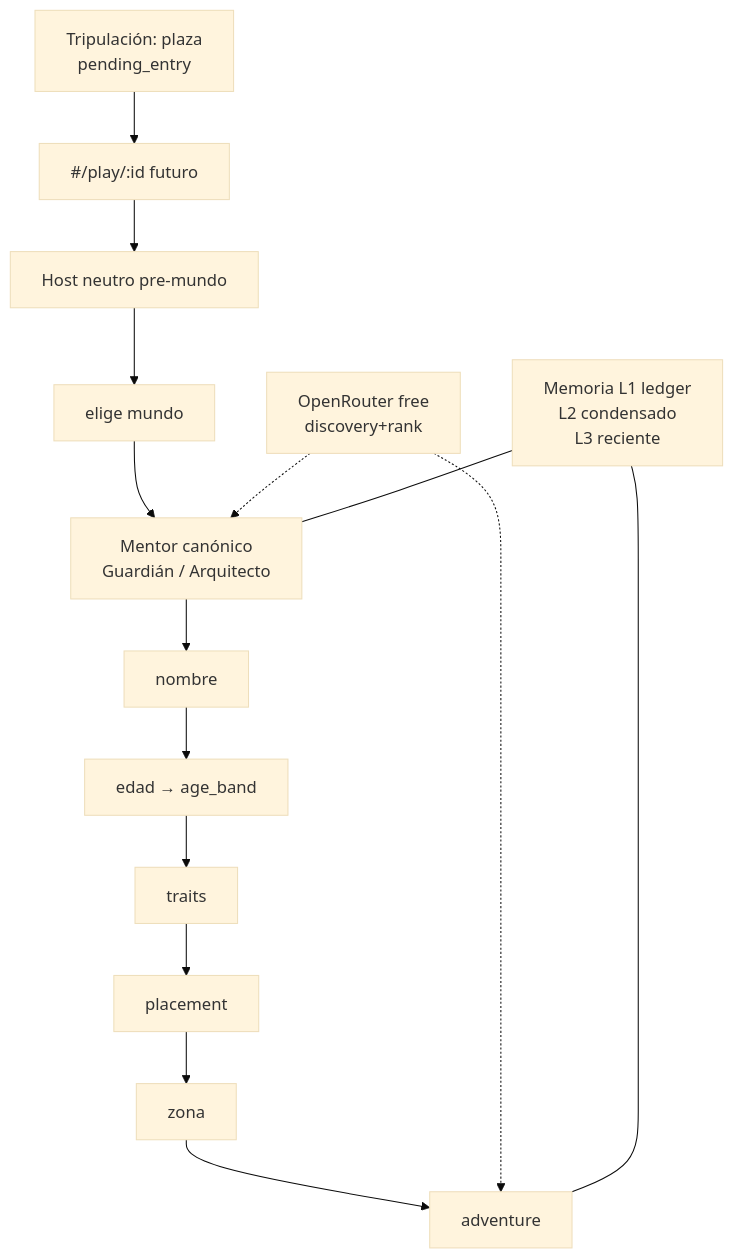
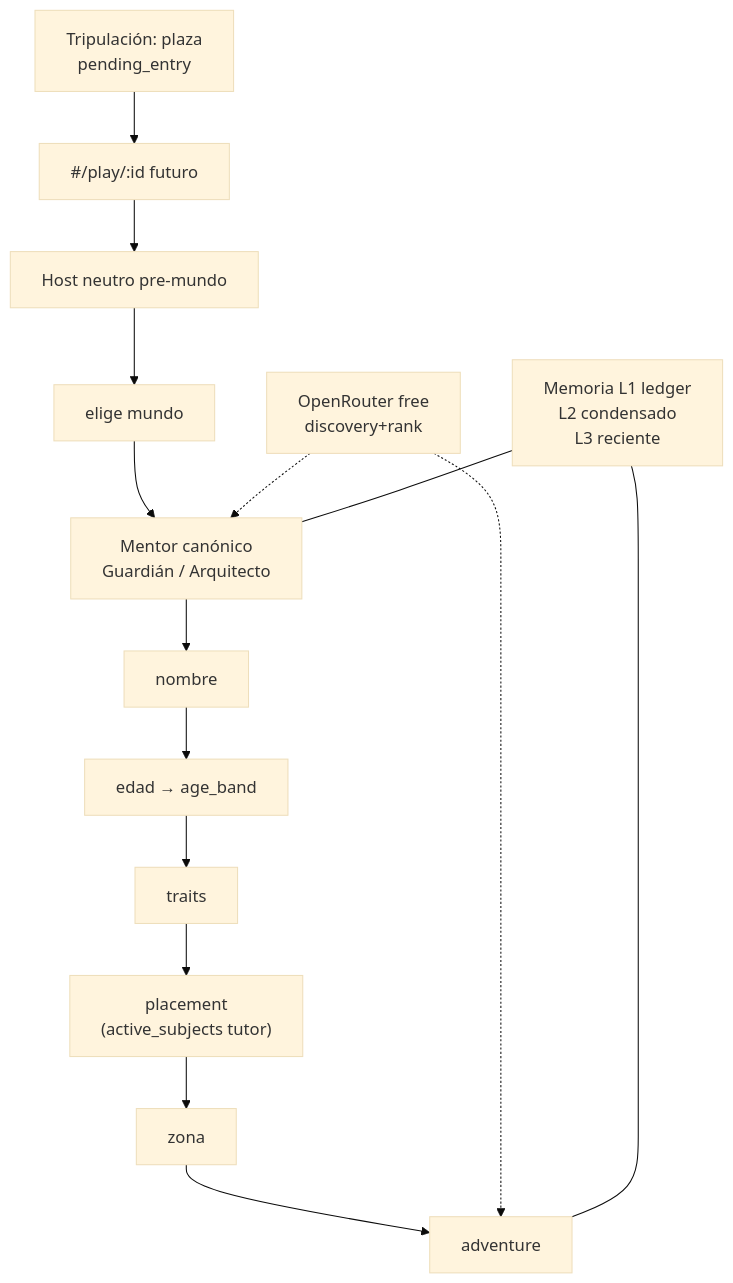
Before and after one commit to KuiperBelt-PRO/kidepik: the diagram in .cursor/diagrams/11-child-adventure-pipeline.md, drawn with Mermaid (base theme). The commit also changed other lines of this file and 34 other files, not shown here.

````diff
--- a/.cursor/diagrams/11-child-adventure-pipeline.md
+++ b/.cursor/diagrams/11-child-adventure-pipeline.md
@@ -7,23 +7,23 @@
 ```mermaid
 flowchart TB
   Crew["Tripulación: plaza\npending_entry"]
   Play["#/play/:id futuro"]
   Host[Host neutro pre-mundo]
   World[elige mundo]
   Mentor[Mentor canónico\nGuardián / Arquitecto]
   Name[nombre]
   Age[edad → age_band]
   Char[traits]
-  Exam[placement]
+  Exam["placement\n(active_subjects tutor)"]
   Zone[zona]
   Sess[adventure]
   Mem["Memoria L1 ledger\nL2 condensado\nL3 reciente"]
   Free[OpenRouter free\ndiscovery+rank]
 
   Crew --> Play --> Host --> World --> Mentor
   Mentor --> Name --> Age --> Char --> Exam --> Zone --> Sess
   Free -.-> Mentor
   Free -.-> Sess
   Mem --- Sess
   Mem --- Mentor
 ```
````
